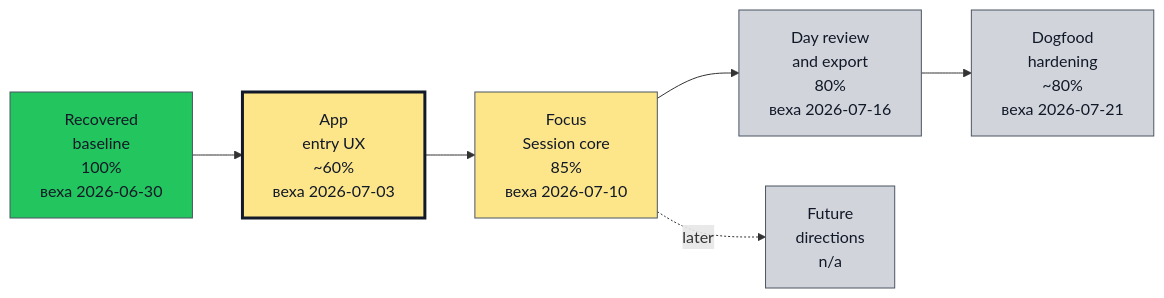
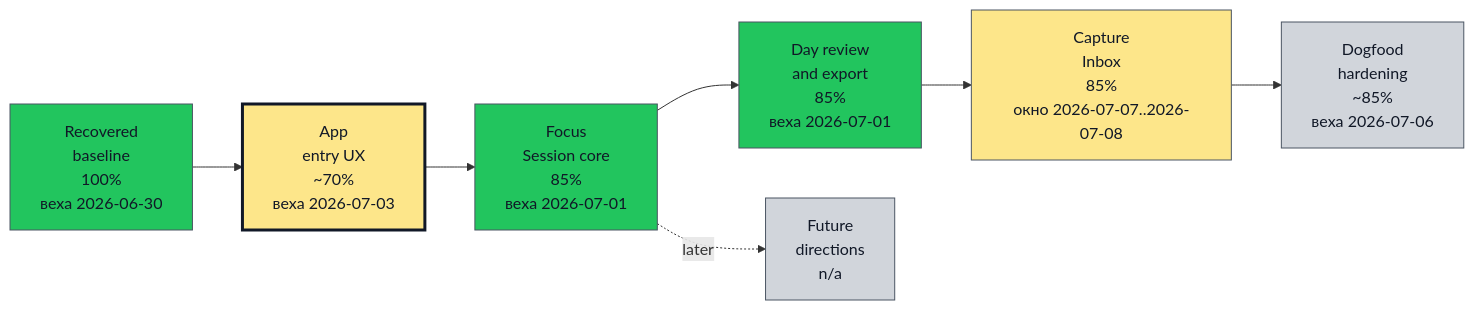
Before and after one commit to asukhodko/timeskein: the first of 2 diagrams in docs/roadmap/opskarta.md, drawn with Mermaid. The commit also changed other lines of this file and 49 other files, not shown here.

Commit message:
Add post-dogfood capture inbox baseline

````diff
--- a/docs/roadmap/opskarta.md
+++ b/docs/roadmap/opskarta.md
@@ -18,32 +19,35 @@
 ```mermaid
 flowchart LR
 
     classDef exec_done fill:#22c55e,stroke:#4b5563,color:#111827,stroke-width:1px
     classDef exec_in_progress fill:#0ea5e9,stroke:#4b5563,color:#111827,stroke-width:1px
     classDef exec_blocked fill:#fecaca,stroke:#4b5563,color:#111827,stroke-width:1px
     classDef exec_not_started fill:#9ca3af,stroke:#4b5563,color:#111827,stroke-width:1px
     classDef exec_mgmt_green fill:#86efac,stroke:#4b5563,color:#111827,stroke-width:1px
     classDef exec_mgmt_yellow fill:#fde68a,stroke:#4b5563,color:#111827,stroke-width:1px
     classDef exec_mgmt_red fill:#fca5a5,stroke:#4b5563,color:#111827,stroke-width:1px
     classDef exec_mgmt_neutral fill:#d1d5db,stroke:#4b5563,color:#111827,stroke-width:1px
 
     recovered_baseline["Recovered<br/>baseline<br/>100%<br/>веха 2026-06-30"]
     class recovered_baseline exec_done
-    app_entry_ux["App<br/>entry UX<br/>~60%<br/>веха 2026-07-03"]
+    app_entry_ux["App<br/>entry UX<br/>~70%<br/>веха 2026-07-03"]
     class app_entry_ux exec_mgmt_yellow
     style app_entry_ux stroke:#111827,stroke-width:3px
-    focus_session_core["Focus<br/>Session core<br/>85%<br/>веха 2026-07-10"]
-    class focus_session_core exec_mgmt_yellow
-    day_review_export["Day review<br/>and export<br/>80%<br/>веха 2026-07-16"]
-    class day_review_export exec_mgmt_neutral
-    dogfood_hardening["Dogfood<br/>hardening<br/>~80%<br/>веха 2026-07-21"]
+    focus_session_core["Focus<br/>Session core<br/>85%<br/>веха 2026-07-01"]
+    class focus_session_core exec_done
+    day_review_export["Day review<br/>and export<br/>85%<br/>веха 2026-07-01"]
+    class day_review_export exec_done
+    capture_inbox["Capture<br/>Inbox<br/>85%<br/>окно 2026-07-07..2026-07-08"]
+    class capture_inbox exec_mgmt_yellow
+    dogfood_hardening["Dogfood<br/>hardening<br/>~85%<br/>веха 2026-07-06"]
     class dogfood_hardening exec_mgmt_neutral
     future_directions["Future<br/>directions<br/>n/a"]
     class future_directions exec_mgmt_neutral
 
     recovered_baseline --> app_entry_ux
     app_entry_ux --> focus_session_core
     focus_session_core --> day_review_export
-    day_review_export --> dogfood_hardening
+    day_review_export --> capture_inbox
+    capture_inbox --> dogfood_hardening
     focus_session_core -. later .-> future_directions
 ```
````
